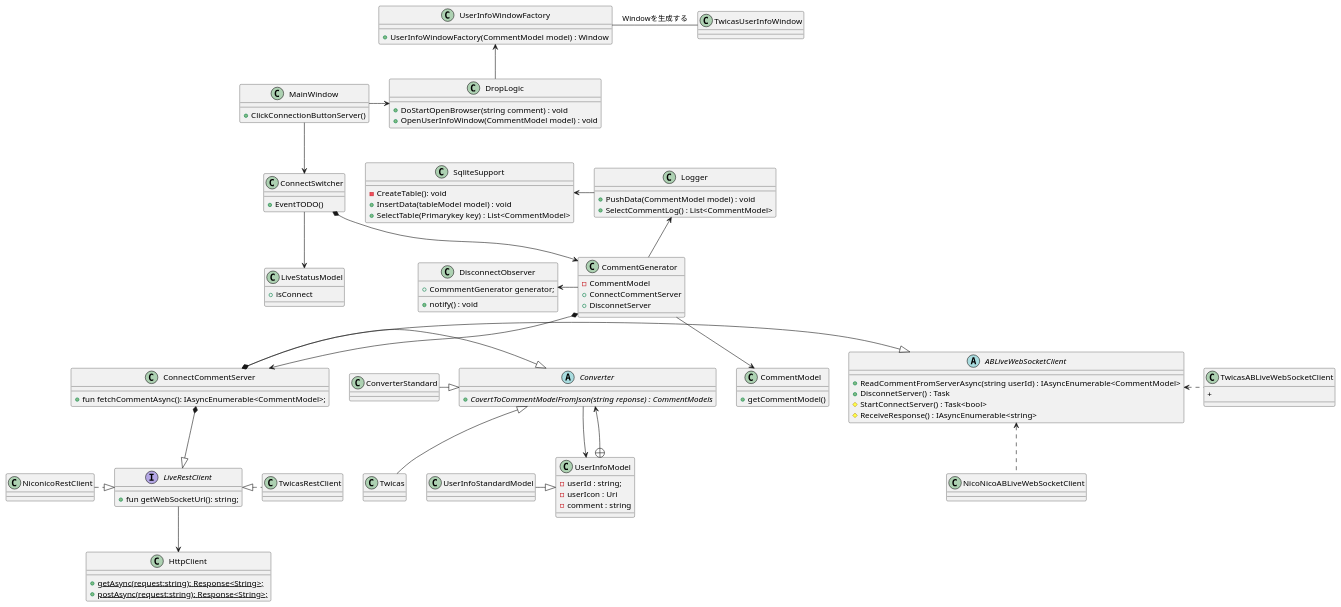
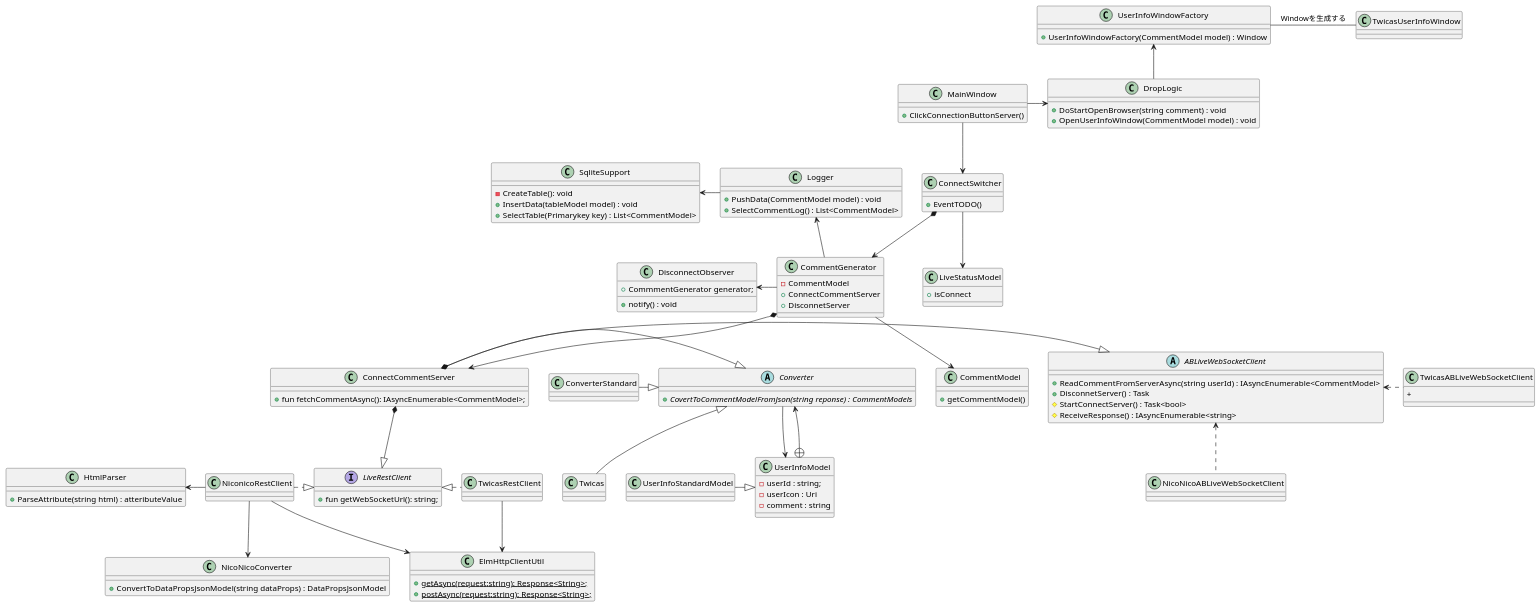
The diagram in ultra-comment-viewer/class-design/model/fetch-comment.pu (elm-niconico/AppDesign), drawn with PlantUML before and after one commit. The commit also changed 1 other file, not shown here.

Commit message:
ニコニコWebSocketUrl取得クラス図の追加

```diff
--- a/ultra-comment-viewer/class-design/model/fetch-comment.pu
+++ b/ultra-comment-viewer/class-design/model/fetch-comment.pu
@@ -1,135 +1,143 @@
 @startuml コメント取得クラス図
 
 
     class MainWindow{
       +  ClickConnectionButtonServer()
     }
     class LiveStatusModel{
         + isConnect
     }
     class CommentModel{
         + getCommentModel()
     }
     class CommentGenerator{
         - CommentModel
         + ConnectCommentServer  
         + DisconnetServer
     }
     class ConnectSwitcher{
         + EventTODO()
     }
 
 
 
     class UserInfoWindowFactory{
         + UserInfoWindowFactory(CommentModel model) : Window
     }
 
 
 
 
     CommentGenerator --> CommentModel
     MainWindow --> ConnectSwitcher
     CommentGenerator *-down-> ConnectCommentServer
     ConnectSwitcher *--> CommentGenerator
     ConnectSwitcher --> LiveStatusModel
     abstract class ABLiveWebSocketClient{
         + ReadCommentFromServerAsync(string userId) : IAsyncEnumerable<CommentModel>
         + DisconnetServer() : Task
         # StartConnectServer() : Task<bool>
         # ReceiveResponse() : IAsyncEnumerable<string>      
     }
 
     class NicoNicoABLiveWebSocketClient{
 
     }
     class TwicasABLiveWebSocketClient{
         + 
     }
 
     class SqliteSupport{
         - CreateTable(): void
         + InsertData(tableModel model) : void
         + SelectTable(Primarykey key) : List<CommentModel>
     }
 
     class Logger{
         + PushData(CommentModel model) : void
         + SelectCommentLog() : List<CommentModel>
     }
 
 
     'Observer
     class DisconnectObserver{
         + CommmentGenerator generator;
         + notify() : void
     }
     CommentGenerator -left-> DisconnectObserver
 
     class ConnectCommentServer {
         + fun fetchCommentAsync(): IAsyncEnumerable<CommentModel>;
     }
     
     class DropLogic{
         + DoStartOpenBrowser(string comment) : void
         + OpenUserInfoWindow(CommentModel model) : void
     }
 
     interface LiveRestClient{
         + fun getWebSocketUrl(): string;
     }
     class NiconicoRestClient{
-
+        
     }
-    class HttpClient{
+    class ElmHttpClientUtil{
         + {static} getAsync(request:string): Response<String>;
         + {static} postAsync(request:string): Response<String>;
     }
 
     abstract class Converter{
         + {abstract} CovertToCommentModelFromJson(string reponse) : CommentModels
     }
+    class NicoNicoConverter{
+        + ConvertToDataPropsJsonModel(string dataProps) : DataPropsJsonModel
+    }
     Converter <|-- Twicas
 
     class UserInfoModel{
         - userId : string;
         - userIcon : Uri
         - comment : string
+    }
+    class HtmlParser{
+        + ParseAttribute(string html) : atteributeValue
     }
     
     'コネクトコメントサーバ'
     ConnectCommentServer *--|> LiveRestClient
     ConnectCommentServer *-right-|> ABLiveWebSocketClient
     ConnectCommentServer *-left-|> Converter
 
 
     'ユーザー情報
     UserInfoModel +--> Converter
     'コンバータ
     Converter --> UserInfoModel
     'クライアント
     NicoNicoABLiveWebSocketClient .up.> ABLiveWebSocketClient
     TwicasABLiveWebSocketClient .left.> ABLiveWebSocketClient
     'ユーザー情報モデル
     UserInfoStandardModel -right-|> UserInfoModel
     'レストクライアント
     NiconicoRestClient .right.|> LiveRestClient
     TwicasRestClient   .left.|>  LiveRestClient
-    LiveRestClient -down-> HttpClient
-    
+  
     ConverterStandard -right-|> Converter
     
     CommentGenerator -up-> Logger
     Logger -left-> SqliteSupport
 
     MainWindow -right-> DropLogic
 
     DropLogic -up-> UserInfoWindowFactory
 
     UserInfoWindowFactory - TwicasUserInfoWindow : Windowを生成する
 
-   
-
-
+    NiconicoRestClient -down-> ElmHttpClientUtil
+    TwicasRestClient -down->   ElmHttpClientUtil
+    
+    NiconicoRestClient -left-> HtmlParser
+    NiconicoRestClient -down-> NicoNicoConverter 
+    
 
 @enduml
```
